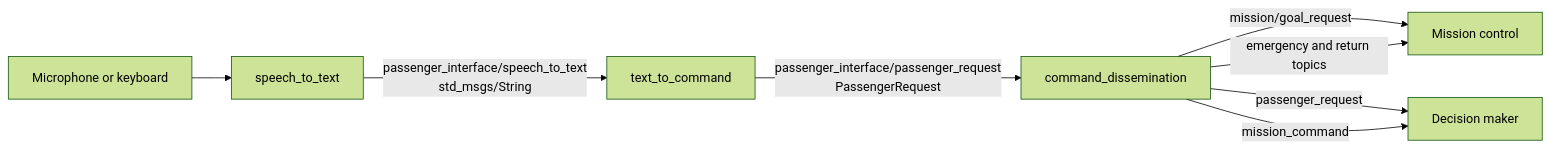
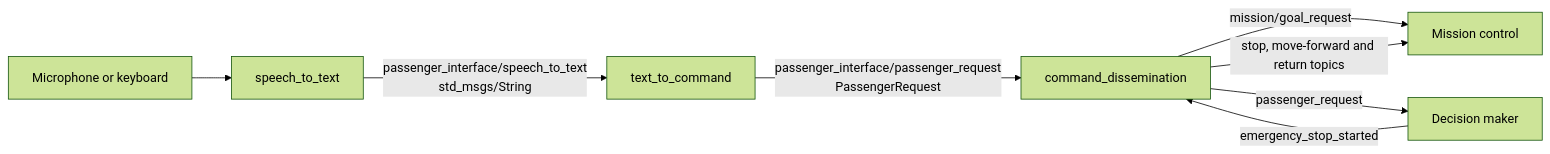
The diagram in README.md (DLR-TS/passenger_interface), drawn with Mermaid (forest theme) before and after one commit. The commit also changed other lines of this file and 13 other files, not shown here.

````diff
--- a/README.md
+++ b/README.md
@@ -18,10 +18,10 @@
 ```mermaid
 flowchart LR
     A[Microphone or keyboard] --> B[speech_to_text]
     B -->|passenger_interface/speech_to_text<br/>std_msgs/String| C[text_to_command]
     C -->|passenger_interface/passenger_request<br/>PassengerRequest| D[command_dissemination]
     D -->|mission/goal_request| E[Mission control]
     D -->|passenger_request| F[Decision maker]
-    D -->|mission_command| F
-    D -->|emergency and return topics| E
+    F -->|emergency_stop_started| D
+    D -->|stop, move-forward and return topics| E
 ```
````
